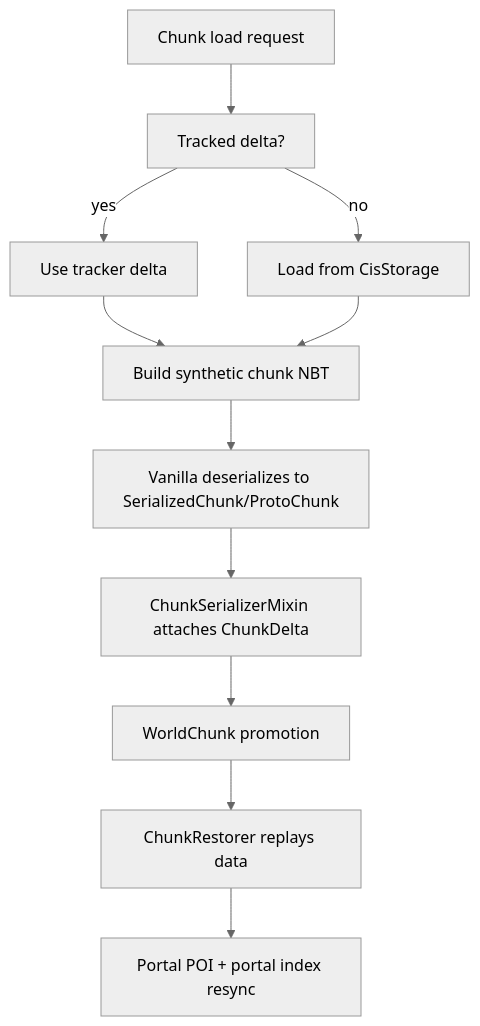
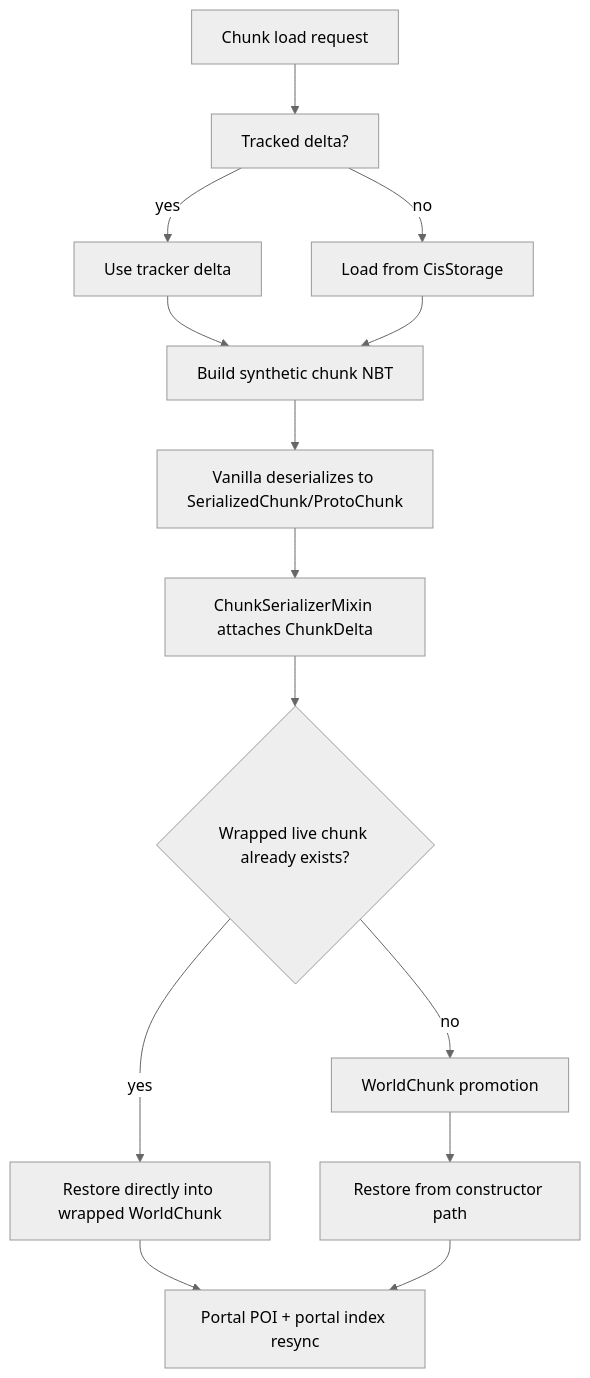
One commit to Liparakis/Chunkis changed the diagram in docs/Architecture/Load-And-Restore-Pipeline.md. Above: the diagram before and after it, drawn with Mermaid (neutral theme). The commit also changed other lines of this file and 19 other files, not shown here.

````diff
--- a/docs/Architecture/Load-And-Restore-Pipeline.md
+++ b/docs/Architecture/Load-And-Restore-Pipeline.md
@@ -33,13 +34,16 @@
 ```mermaid
 flowchart TD
     A["Chunk load request"] --> B["Tracked delta?"]
     B -->|yes| C["Use tracker delta"]
     B -->|no| D["Load from CisStorage"]
     C --> E["Build synthetic chunk NBT"]
     D --> E
     E --> F["Vanilla deserializes to SerializedChunk/ProtoChunk"]
     F --> G["ChunkSerializerMixin attaches ChunkDelta"]
-    G --> H["WorldChunk promotion"]
-    H --> I["ChunkRestorer replays data"]
-    I --> J["Portal POI + portal index resync"]
+    G --> H{"Wrapped live chunk already exists?"}
+    H -->|yes| I["Restore directly into wrapped WorldChunk"]
+    H -->|no| J["WorldChunk promotion"]
+    J --> K["Restore from constructor path"]
+    I --> L["Portal POI + portal index resync"]
+    K --> L
 ```
````
